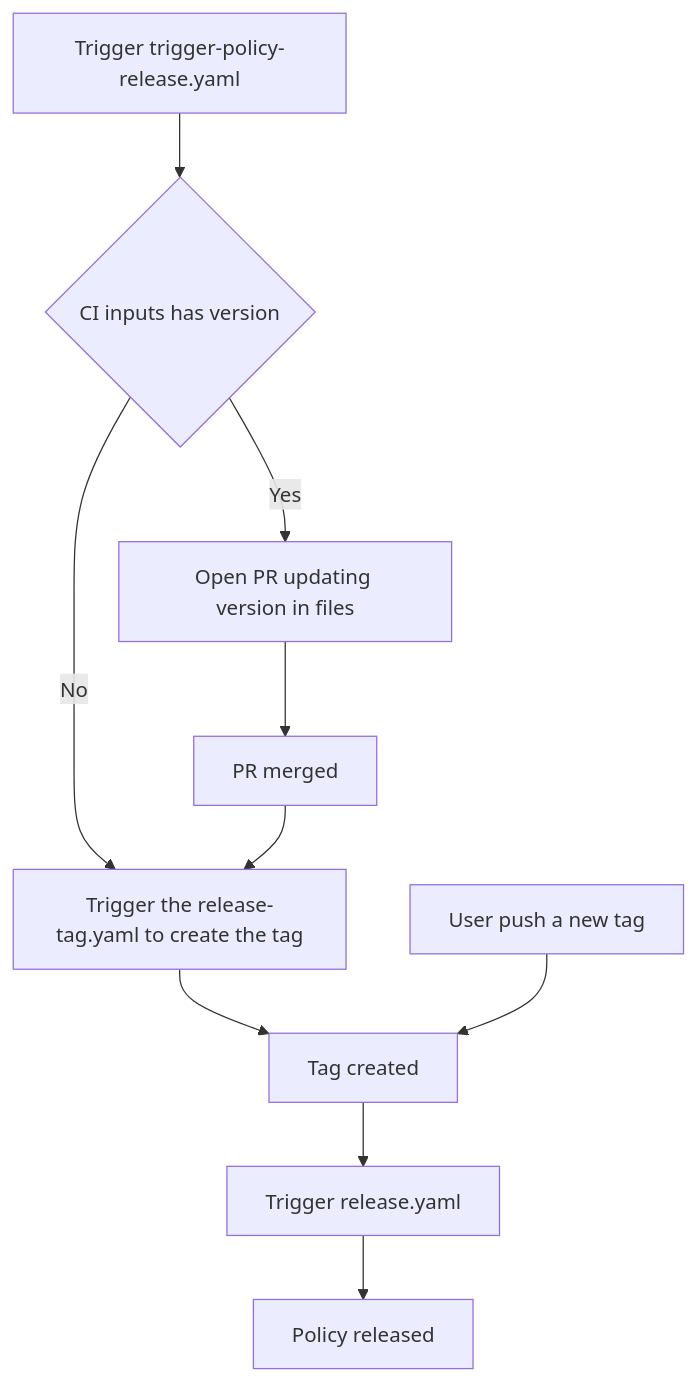
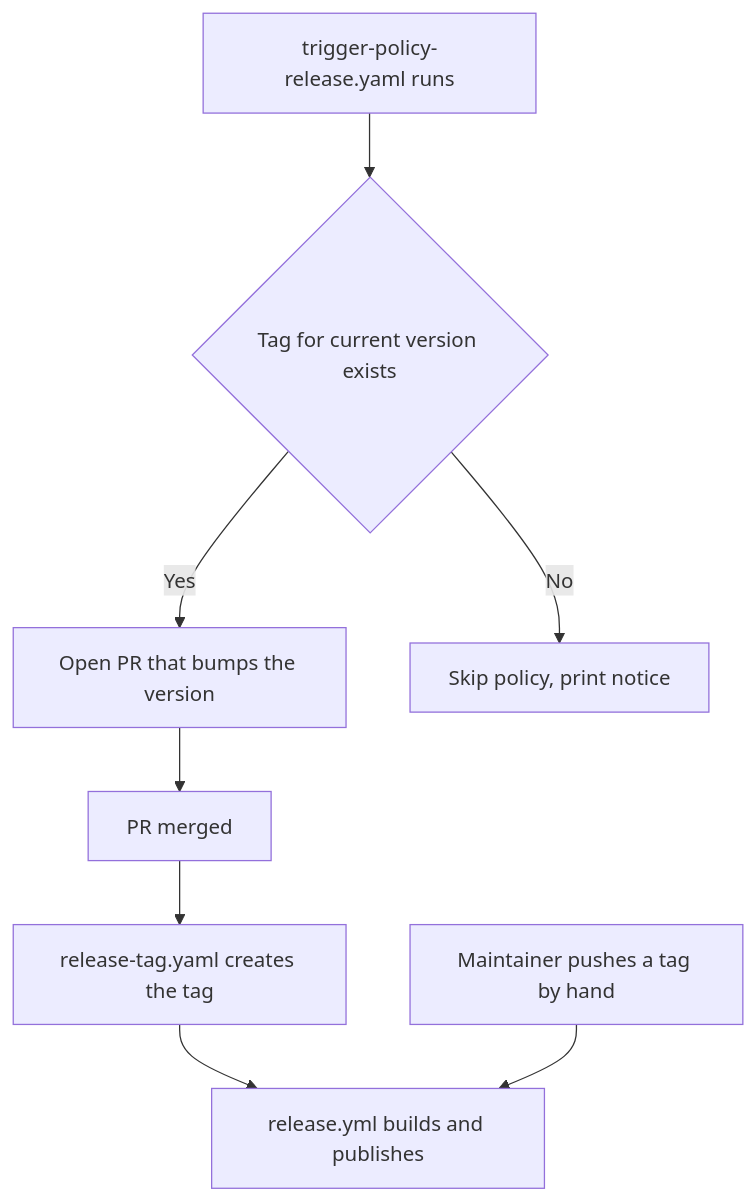
The diagram in CONTRIBUTING.md (kubewarden/policies), drawn with Mermaid before and after one commit. The commit also changed other lines of this file and 1 other file, not shown here.

First line of the commit message:
fix(ci): never tag a policy without a merged release PR

````diff
--- a/CONTRIBUTING.md
+++ b/CONTRIBUTING.md
@@ -184,14 +216,12 @@
 ```mermaid
 flowchart TD
 
-A[Trigger trigger-policy-release.yaml ] --> B{CI inputs has version}
+A[trigger-policy-release.yaml runs] --> B{Tag for current version exists}
 
-B -->|Yes| C[Open PR updating version in files]
-B -->|No| D[Trigger the release-tag.yaml to create the tag]
-D --> E[Tag created]
-E --> F[Trigger release.yaml]
-C --> G[PR merged]
-G --> D
-F --> H[Policy released]
-I[User push a new tag] --> E
+B -->|Yes| C[Open PR that bumps the version]
+B -->|No| D[Skip policy, print notice]
+C --> E[PR merged]
+E --> F[release-tag.yaml creates the tag]
+F --> G[release.yml builds and publishes]
+H[Maintainer pushes a tag by hand] --> G
 ```
````
